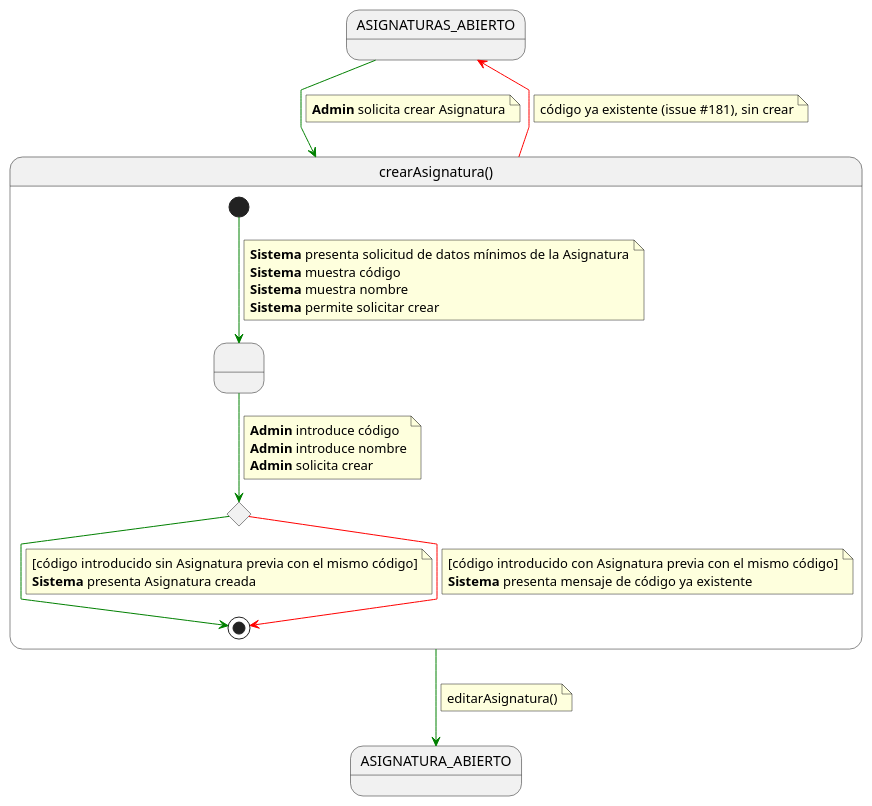
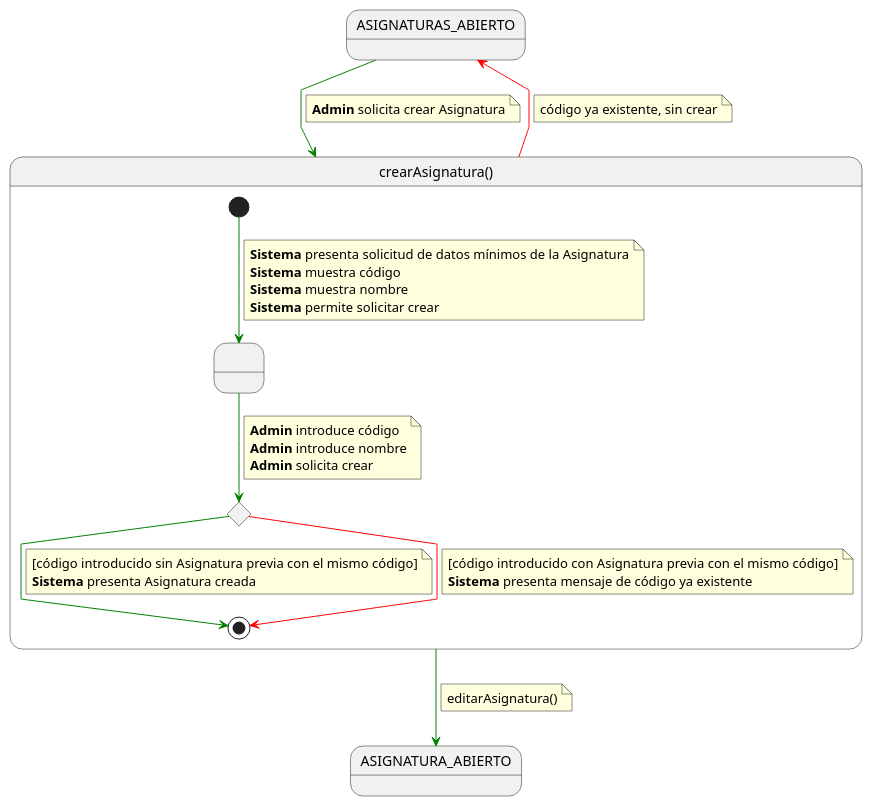
One commit to mmasias/pyCeldaPublico changed the diagram in RUP/01-requisitos/03-detalle-casos-uso/crearAsignatura/especificacion.puml. Above: the diagram before and after it, drawn with PlantUML. The commit also changed 58 other files, not shown here.

First line of the commit message:
docs: diagramas de requisitos sin notas internas y manual de Cursos académicos y Auditoría (pyCelda 5dcbdc66)

```diff
--- a/RUP/01-requisitos/03-detalle-casos-uso/crearAsignatura/especificacion.puml
+++ b/RUP/01-requisitos/03-detalle-casos-uso/crearAsignatura/especificacion.puml
@@ -1,56 +1,56 @@
 @startuml crearAsignatura
 
 skinparam linetype polyline
 
 state ASIGNATURAS_ABIERTO
 state ASIGNATURA_ABIERTO
 
 ASIGNATURAS_ABIERTO -[#green]-> crearAsignatura
 note on link
 <b>Admin</b> solicita crear Asignatura
 end note
 
 state crearAsignatura as "crearAsignatura()" {
 
     state " " as SolicitandoDatos
     state c <<choice>>
 
     [*] -[#green]-> SolicitandoDatos
     note on link
     <b>Sistema</b> presenta solicitud de datos mínimos de la Asignatura
     <b>Sistema</b> muestra código
     <b>Sistema</b> muestra nombre
     <b>Sistema</b> permite solicitar crear
     end note
 
     SolicitandoDatos -[#green]-> c
     note on link
     <b>Admin</b> introduce código
     <b>Admin</b> introduce nombre
     <b>Admin</b> solicita crear
     end note
 
     c -[#green]-> [*]
     note on link
     [código introducido sin Asignatura previa con el mismo código]
     <b>Sistema</b> presenta Asignatura creada
     end note
 
     c -[#red]-> [*]
     note on link
     [código introducido con Asignatura previa con el mismo código]
     <b>Sistema</b> presenta mensaje de código ya existente
     end note
 }
 
 crearAsignatura -[#green]-> ASIGNATURA_ABIERTO
 note on link
 editarAsignatura()
 end note
 
 crearAsignatura -[#red]-> ASIGNATURAS_ABIERTO
 note on link
-código ya existente (issue #181), sin crear
+código ya existente, sin crear
 end note
 
 @enduml
```
